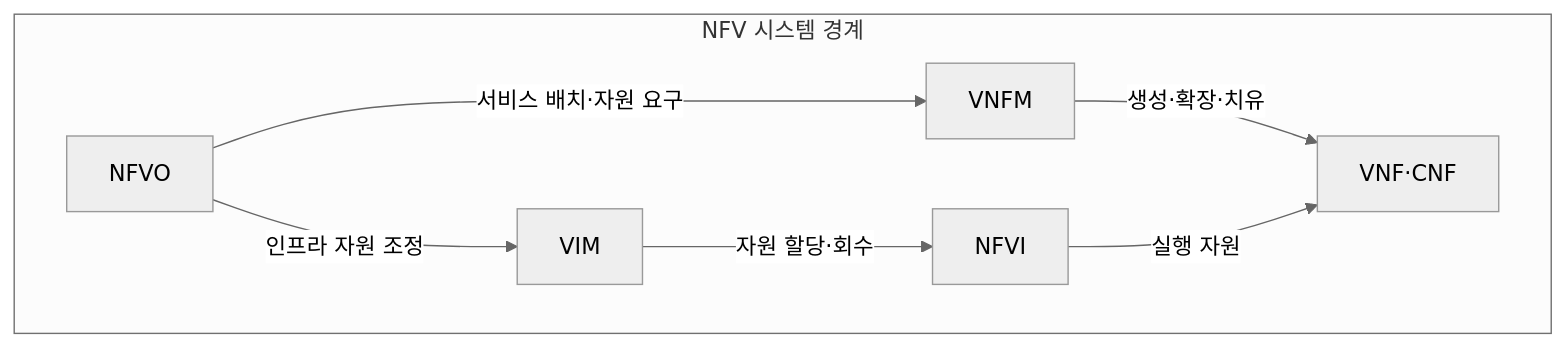
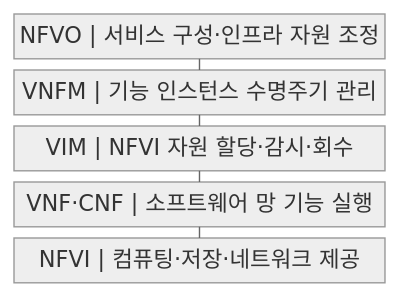
Before and after one commit to agnusdei1207/knowledge-base: the first of 2 diagrams in src/content/docs/notes/04-network/057_network_functions_virtualization.md, drawn with Mermaid (neutral theme). The commit also changed other lines of this file and 20 other files, not shown here.

````diff
--- a/src/content/docs/notes/04-network/057_network_functions_virtualization.md
+++ b/src/content/docs/notes/04-network/057_network_functions_virtualization.md
@@ -55,15 +55,13 @@
 ```mermaid
-flowchart TB
-    subgraph N[NFV 시스템 경계]
-        NFVO[NFVO]
-        VNFM[VNFM]
-        VIM[VIM]
-        FUNC[VNF·CNF]
-        INFRA[NFVI]
-        NFVO -->|서비스 배치·자원 요구| VNFM
-        NFVO -->|인프라 자원 조정| VIM
-        VNFM -->|생성·확장·치유| FUNC
-        VIM -->|자원 할당·회수| INFRA
-        INFRA -->|실행 자원| FUNC
-    end
+block
+    columns 1
+    A["NFVO | 서비스 구성·인프라 자원 조정"]
+    B["VNFM | 기능 인스턴스 수명주기 관리"]
+    C["VIM | NFVI 자원 할당·감시·회수"]
+    D["VNF·CNF | 소프트웨어 망 기능 실행"]
+    E["NFVI | 컴퓨팅·저장·네트워크 제공"]
+    A --- B
+    B --- C
+    C --- D
+    D --- E
 ```
````
